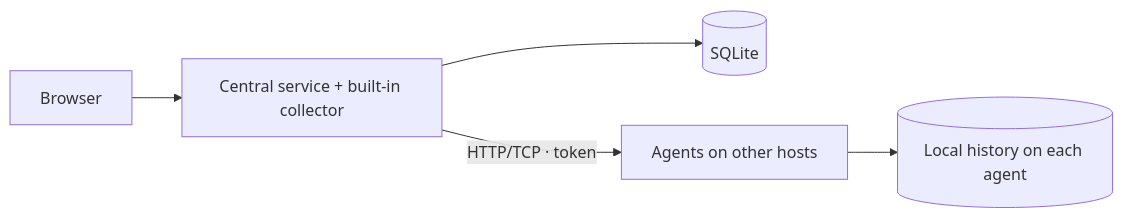
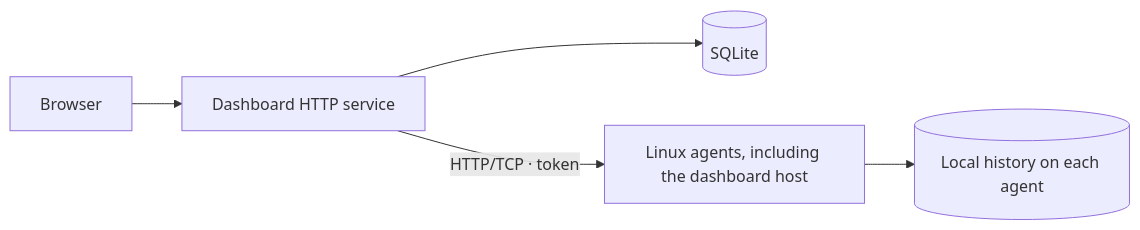
Before and after one commit to nikitakiselev/homelab-dashboard: the diagram in README.md, drawn with Mermaid. The commit also changed other lines of this file and 31 other files, not shown here.

First line of the commit message:
refactor(server)!: separate dashboard from Linux agents

````diff
--- a/README.md
+++ b/README.md
@@ -61,7 +61,7 @@
 ```mermaid
 flowchart LR
-    UI["Browser"] --> Server["Central service + built-in collector"]
+    UI["Browser"] --> Server["Dashboard HTTP service"]
     Server --> DB[("SQLite")]
-    Server -->|"HTTP/TCP · token"| Agents["Agents on other hosts"]
+    Server -->|"HTTP/TCP · token"| Agents["Linux agents, including the dashboard host"]
     Agents --> History[("Local history on each agent")]
 ```
````
